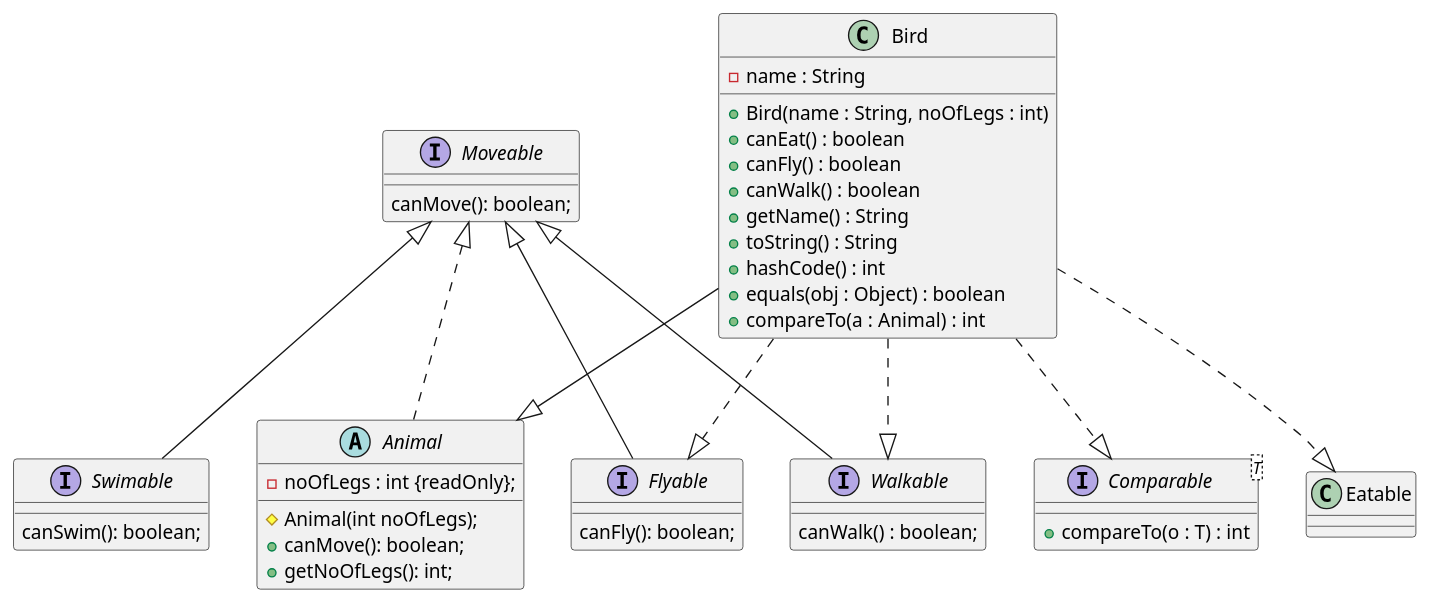
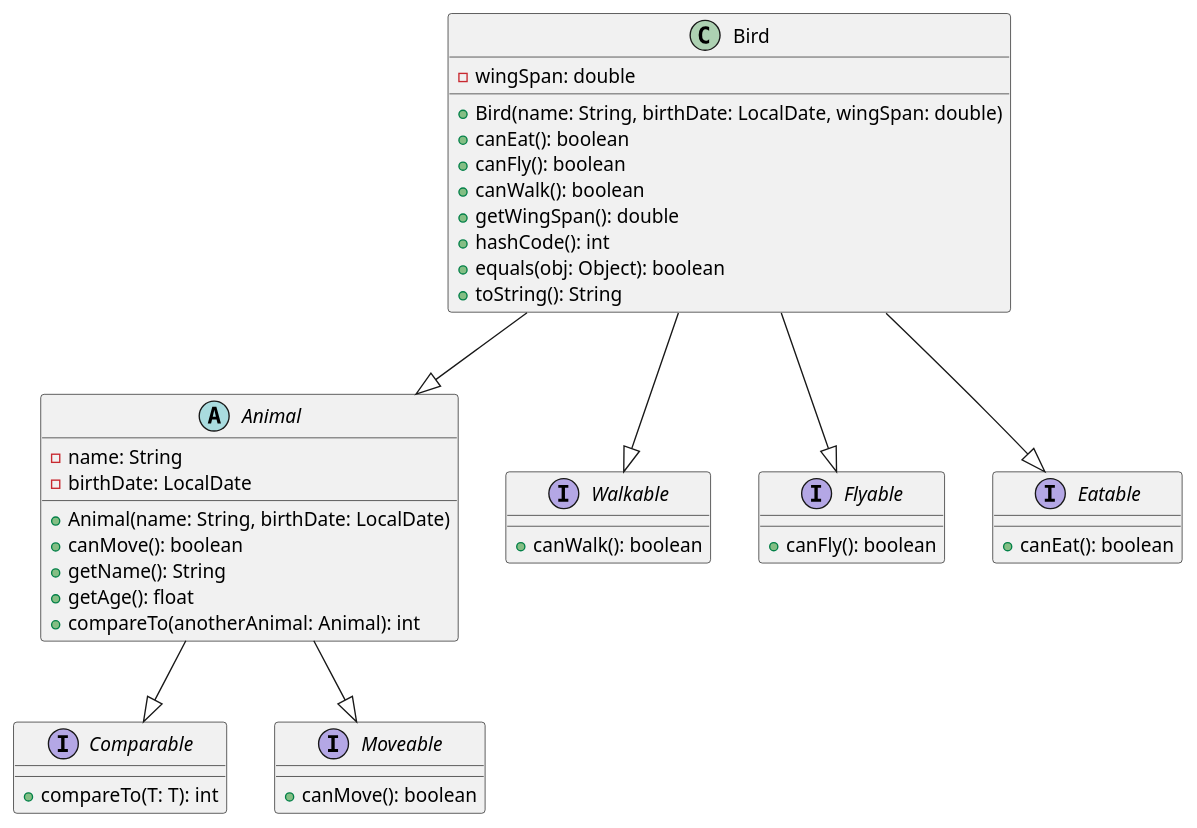
Before and after one commit to majidrouhani/idatt2003-inharitance-polymorphism-l6: the diagram in src/main/java/edu/ntnu/idatt2003/lectures/interfaces/animal/puml/bird.puml, drawn with PlantUML. The commit also changed 2 other files, not shown here.

```diff
--- a/src/main/java/edu/ntnu/idatt2003/lectures/interfaces/animal/puml/bird.puml
+++ b/src/main/java/edu/ntnu/idatt2003/lectures/interfaces/animal/puml/bird.puml
@@ -1,50 +1,52 @@
 @startuml
+class Bird {
+  -wingSpan: double
+  +Bird(name: String, birthDate: LocalDate, wingSpan: double)
+  +canEat(): boolean
+  +canFly(): boolean
+  +canWalk(): boolean
+  +getWingSpan(): double
+  +hashCode(): int
+  +equals(obj: Object): boolean
+  +toString(): String
+}
+
+abstract class Animal {
+  -name: String
+  -birthDate: LocalDate
+  +Animal(name: String, birthDate: LocalDate)
+  +canMove(): boolean
+  +getName(): String
+  +getAge(): float
+  +compareTo(anotherAnimal: Animal): int
+}
+
+interface Comparable {
+  +compareTo(T: T): int
+}
 
 interface Moveable {
-  canMove(): boolean;
+  +canMove(): boolean
 }
 
- abstract class Animal implements Moveable {
-  - noOfLegs : int {readOnly};
-  # Animal(int noOfLegs);
-  + canMove(): boolean;
-  + getNoOfLegs(): int;
+interface Walkable {
+  +canWalk(): boolean
 }
 
-interface Flyable extends Moveable {
-  canFly(): boolean;
+interface Flyable {
+  +canFly(): boolean
 }
 
-interface Swimable extends Moveable {
-  canSwim(): boolean;
+interface Eatable {
+  +canEat(): boolean
 }
 
-interface Walkable extends Moveable {
-  canWalk() : boolean;
-}
+Animal --|> Comparable
+Animal --|> Moveable
 
-interface Comparable<T> {
-  +compareTo(o : T) : int
-}
-
-class Bird {
-  -name : String
-  +Bird(name : String, noOfLegs : int)
-  +canEat() : boolean
-  +canFly() : boolean
-  +canWalk() : boolean
-  +getName() : String
-  +toString() : String
-  +hashCode() : int
-  +equals(obj : Object) : boolean
-  +compareTo(a : Animal) : int
-}
 
 Bird --|> Animal
-Bird ..|> Comparable
-Bird ..|> Walkable
-Bird ..|> Flyable
-Bird ..|> Eatable
-
-
+Bird --|> Walkable
+Bird --|> Flyable
+Bird --|> Eatable
 @enduml
```
